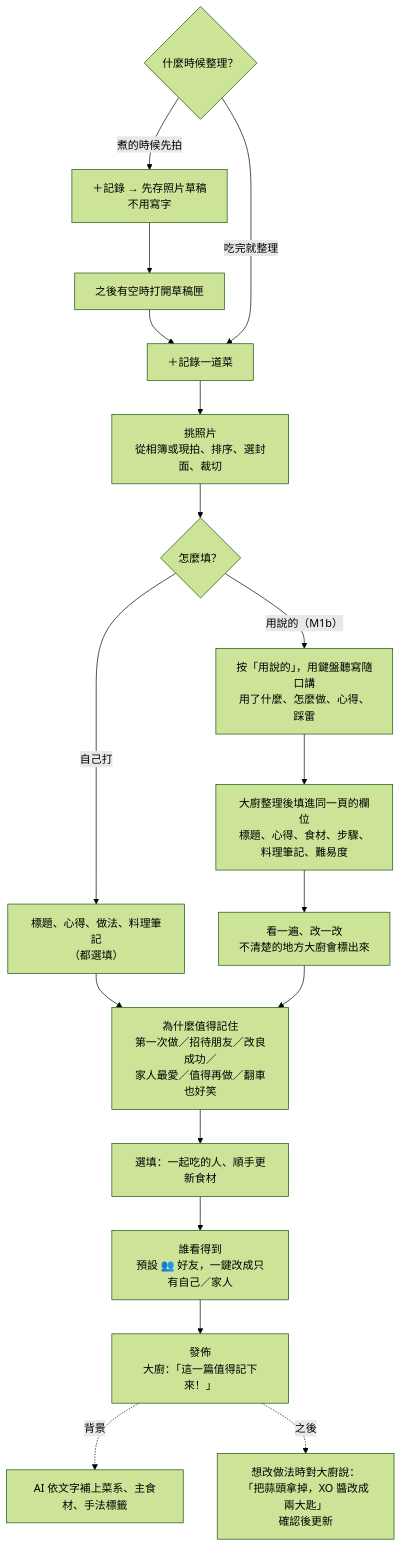
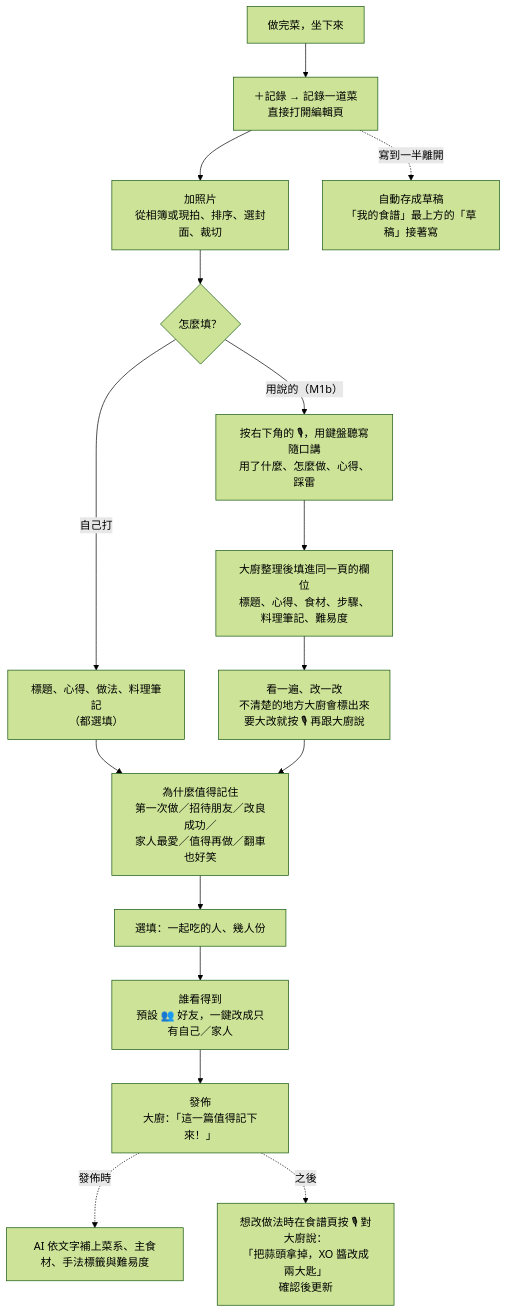
Before and after one commit to LeeBoYin/cooking-recipe-app: the third of 8 diagrams in docs/09-user-flows.md, drawn with Mermaid (forest theme). The commit also changed other lines of this file and 14 other files, not shown here.

````diff
--- a/docs/09-user-flows.md
+++ b/docs/09-user-flows.md
@@ -89,20 +92,18 @@
 ```mermaid
 flowchart TD
-  A{什麼時候整理？} -- 煮的時候先拍 --> B[＋記錄 → 先存照片草稿<br/>不用寫字]
-  B --> C[之後有空時打開草稿匣]
-  C --> D
-  A -- 吃完就整理 --> D[＋記錄一道菜]
-  D --> E[挑照片<br/>從相簿或現拍、排序、選封面、裁切]
+  A[做完菜，坐下來] --> D[＋記錄 → 記錄一道菜<br/>直接打開編輯頁]
+  D --> E[加照片<br/>從相簿或現拍、排序、選封面、裁切]
+  D -.寫到一半離開.-> C[自動存成草稿<br/>「我的食譜」最上方的「草稿」接著寫]
   E --> W{怎麼填？}
   W -- 自己打 --> F[標題、心得、做法、料理筆記<br/>（都選填）]
-  W -- 用說的（M1b） --> V[按「用說的」，用鍵盤聽寫隨口講<br/>用了什麼、怎麼做、心得、踩雷]
+  W -- 用說的（M1b） --> V[按右下角的 🎙，用鍵盤聽寫隨口講<br/>用了什麼、怎麼做、心得、踩雷]
   V --> VF[大廚整理後填進同一頁的欄位<br/>標題、心得、食材、步驟、料理筆記、難易度]
-  VF --> F2[看一遍、改一改<br/>不清楚的地方大廚會標出來]
+  VF --> F2[看一遍、改一改<br/>不清楚的地方大廚會標出來<br/>要大改就按 🎙 再跟大廚說]
   F --> G[為什麼值得記住<br/>第一次做／招待朋友／改良成功／<br/>家人最愛／值得再做／翻車也好笑]
   F2 --> G
-  G --> H[選填：一起吃的人、順手更新食材]
+  G --> H[選填：一起吃的人、幾人份]
   H --> I[誰看得到<br/>預設 👥 好友，一鍵改成只有自己／家人]
   I --> J[發佈<br/>大廚：「這一篇值得記下來！」]
-  J -.背景.-> K[AI 依文字補上菜系、主食材、手法標籤]
-  J -.之後.-> R[想改做法時對大廚說：<br/>「把蒜頭拿掉，XO 醬改成兩大匙」<br/>確認後更新]
+  J -.發佈時.-> K[AI 依文字補上菜系、主食材、手法標籤與難易度]
+  J -.之後.-> R[想改做法時在食譜頁按 🎙 對大廚說：<br/>「把蒜頭拿掉，XO 醬改成兩大匙」<br/>確認後更新]
 ```
````
